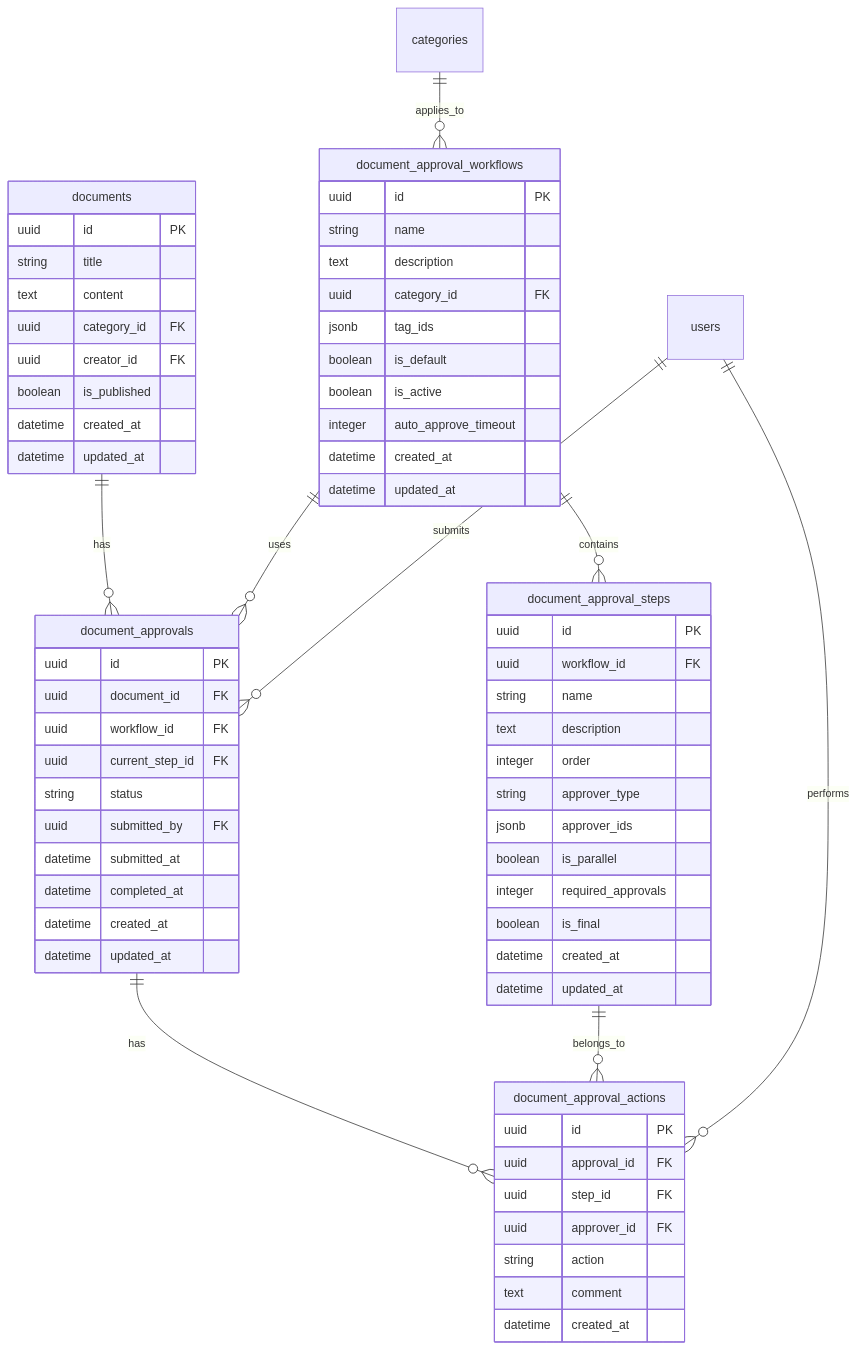
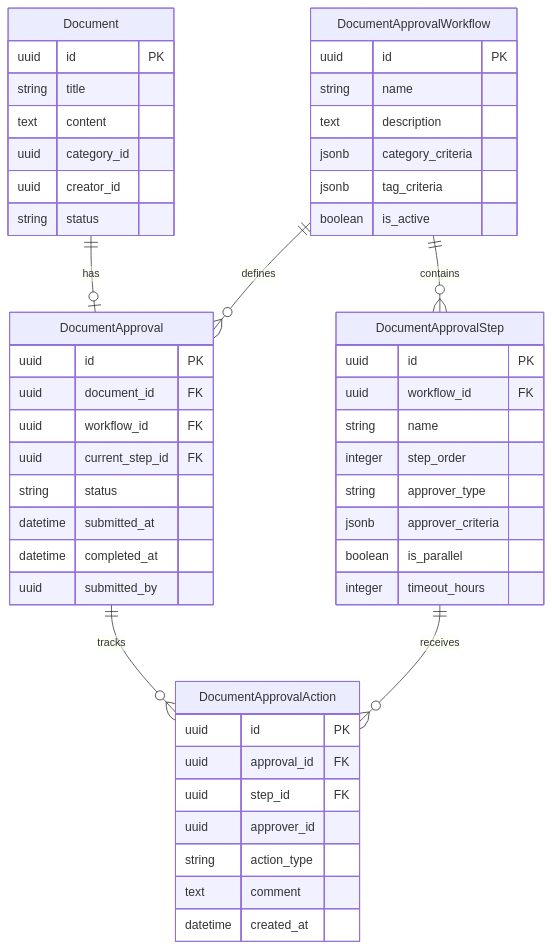
Before and after one commit to s35241607/ticket-system: the second of 2 diagrams in .kiro/specs/document-approval-workflow/design.md, drawn with Mermaid. The commit also changed other lines of this file and 28 other files, not shown here.

````diff
--- a/.kiro/specs/document-approval-workflow/design.md
+++ b/.kiro/specs/document-approval-workflow/design.md
@@ -359,73 +514,58 @@
 ```mermaid
 erDiagram
-    documents ||--o{ document_approvals : has
-    document_approval_workflows ||--o{ document_approval_steps : contains
-    document_approval_workflows ||--o{ document_approvals : uses
-    document_approvals ||--o{ document_approval_actions : has
-    document_approval_steps ||--o{ document_approval_actions : belongs_to
-    users ||--o{ document_approvals : submits
-    users ||--o{ document_approval_actions : performs
-    categories ||--o{ document_approval_workflows : applies_to
+    Document ||--o| DocumentApproval : "has"
+    DocumentApprovalWorkflow ||--o{ DocumentApprovalStep : "contains"
+    DocumentApprovalWorkflow ||--o{ DocumentApproval : "defines"
+    DocumentApproval ||--o{ DocumentApprovalAction : "tracks"
+    DocumentApprovalStep ||--o{ DocumentApprovalAction : "receives"
 
-    documents {
+    Document {
         uuid id PK
         string title
         text content
-        uuid category_id FK
-        uuid creator_id FK
-        boolean is_published
-        datetime created_at
-        datetime updated_at
+        uuid category_id
+        uuid creator_id
+        string status
     }
 
-    document_approval_workflows {
+    DocumentApprovalWorkflow {
         uuid id PK
         string name
         text description
-        uuid category_id FK
-        jsonb tag_ids
-        boolean is_default
+        jsonb category_criteria
+        jsonb tag_criteria
         boolean is_active
-        integer auto_approve_timeout
-        datetime created_at
-        datetime updated_at
     }
 
-    document_approval_steps {
+    DocumentApprovalStep {
         uuid id PK
         uuid workflow_id FK
         string name
-        text description
-        integer order
+        integer step_order
         string approver_type
-        jsonb approver_ids
+        jsonb approver_criteria
         boolean is_parallel
-        integer required_approvals
-        boolean is_final
-        datetime created_at
-        datetime updated_at
+        integer timeout_hours
     }
 
-    document_approvals {
+    DocumentApproval {
         uuid id PK
         uuid document_id FK
         uuid workflow_id FK
         uuid current_step_id FK
         string status
-        uuid submitted_by FK
         datetime submitted_at
         datetime completed_at
-        datetime created_at
-        datetime updated_at
+        uuid submitted_by
     }
 
-    document_approval_actions {
+    DocumentApprovalAction {
         uuid id PK
         uuid approval_id FK
         uuid step_id FK
-        uuid approver_id FK
-        string action
+        uuid approver_id
+        string action_type
         text comment
         datetime created_at
     }
 ```
````
